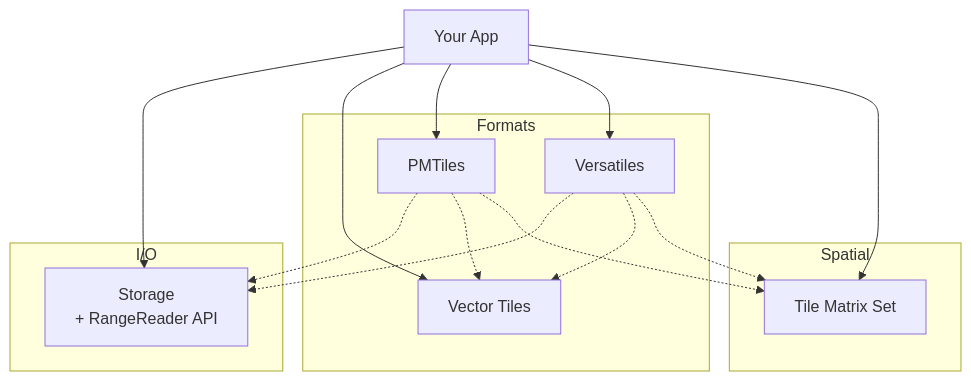
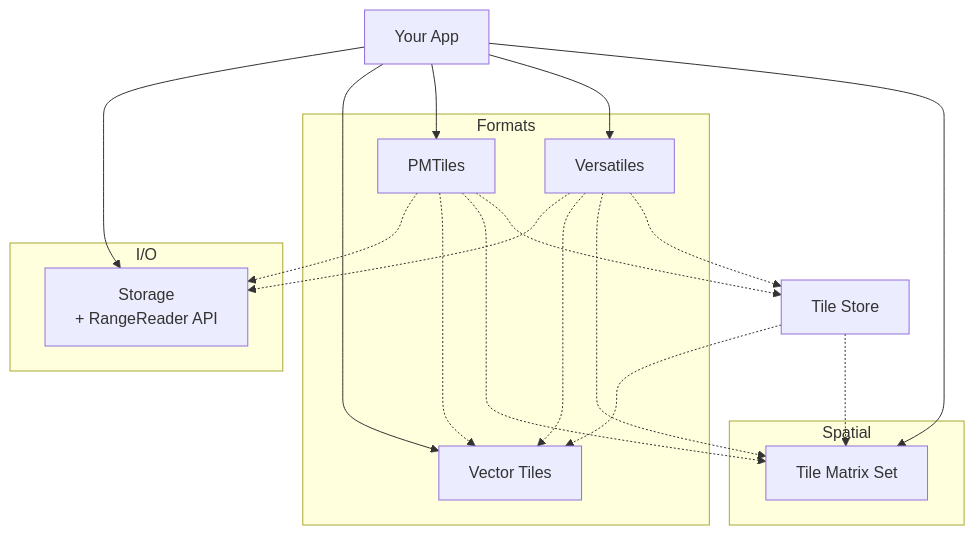
Before and after one commit to tileverse-io/tileverse: the diagram in docs/src/index.md, drawn with Mermaid. The commit also changed other lines of this file and 46 other files, not shown here.

````diff
--- a/docs/src/index.md
+++ b/docs/src/index.md
@@ -26,32 +27,39 @@
 ```mermaid
 graph TD
     App[Your App]
 
     subgraph "I/O"
         ST[Storage<br/>+ RangeReader API]
     end
 
     subgraph "Formats"
         VT[Vector Tiles]
         PMT[PMTiles]
         VER[Versatiles]
     end
 
     subgraph "Spatial"
         TMS[Tile Matrix Set]
     end
 
+    TS[Tile Store]
+
     App --> ST
     App --> VT
     App --> PMT
     App --> VER
     App --> TMS
 
     PMT -.-> ST
     PMT -.-> VT
     PMT -.-> TMS
+    PMT -.-> TS
 
     VER -.-> ST
     VER -.-> VT
     VER -.-> TMS
+    VER -.-> TS
+
+    TS -.-> VT
+    TS -.-> TMS
 ```
````
